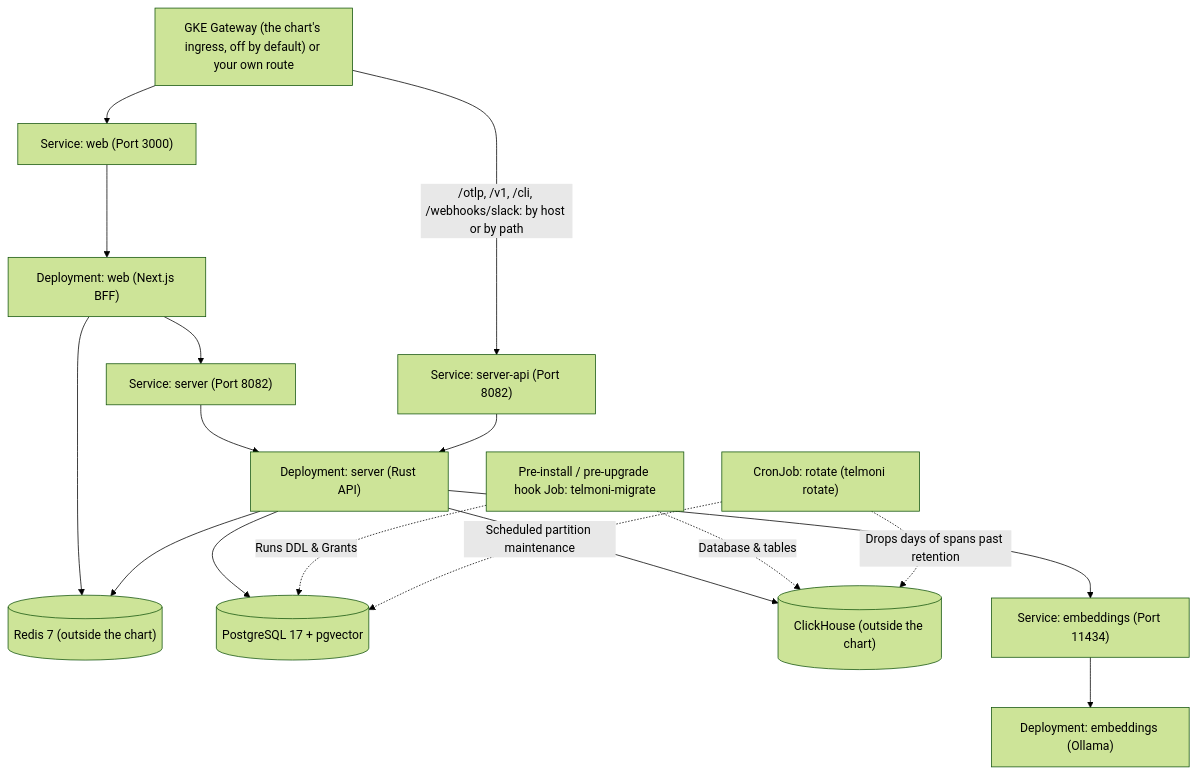
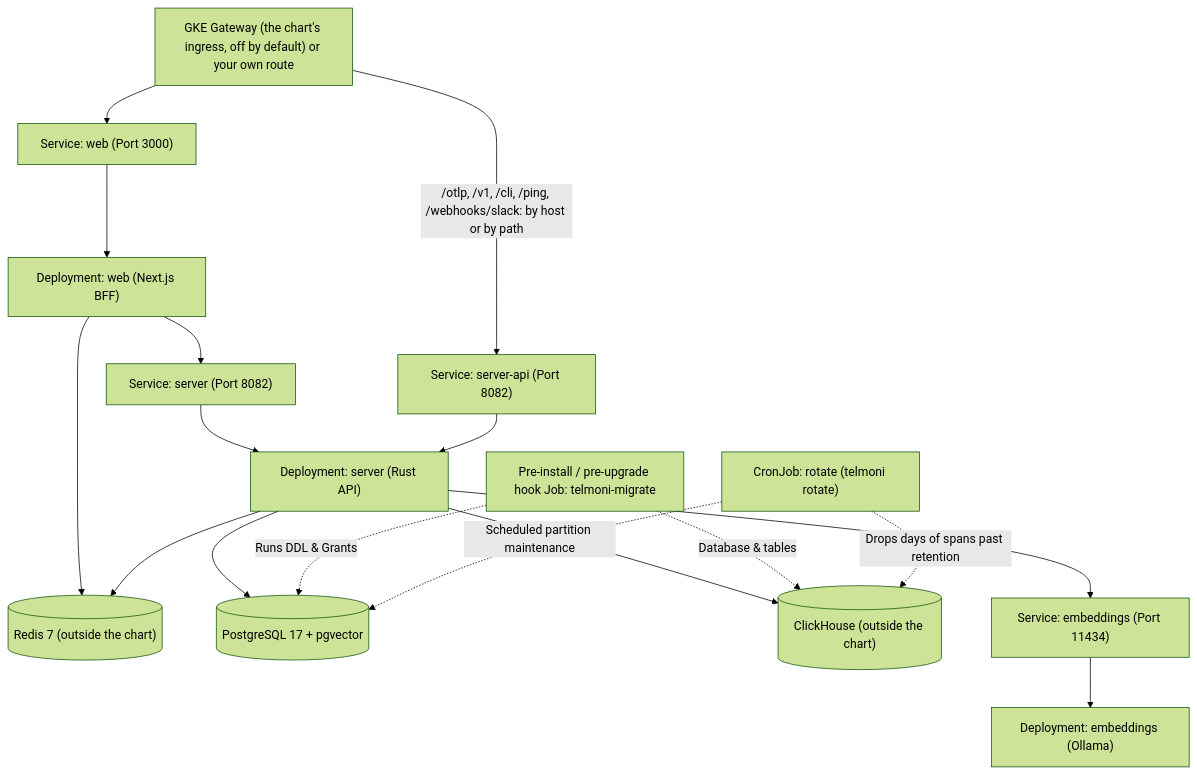
Before and after one commit to telmoni/telmoni: the diagram in web/content/docs/self-host/kubernetes.mdx, drawn with Mermaid (forest theme). The commit also changed other lines of this file and 4 other files, not shown here.

````diff
--- a/web/content/docs/self-host/kubernetes.mdx
+++ b/web/content/docs/self-host/kubernetes.mdx
@@ -10,23 +10,23 @@
 ```mermaid
 flowchart TD
     Ingress["GKE Gateway (the chart's ingress, off by default) or your own route"] --> WebSvc["Service: web (Port 3000)"]
-    Ingress -->|"/otlp, /v1, /cli, /webhooks/slack: by host or by path"| ApiSvc["Service: server-api (Port 8082)"]
+    Ingress -->|"/otlp, /v1, /cli, /ping, /webhooks/slack: by host or by path"| ApiSvc["Service: server-api (Port 8082)"]
     WebSvc --> WebPods["Deployment: web (Next.js BFF)"]
 
     WebPods --> ServerSvc["Service: server (Port 8082)"]
     ServerSvc --> ServerPods["Deployment: server (Rust API)"]
     ApiSvc --> ServerPods
 
     WebPods --> Redis[("Redis 7 (outside the chart)")]
     ServerPods --> Redis
 
     ServerPods --> Postgres[("PostgreSQL 17 + pgvector")]
     ServerPods --> ClickHouse[("ClickHouse (outside the chart)")]
     ServerPods --> EmbeddingsSvc["Service: embeddings (Port 11434)"]
     EmbeddingsSvc --> EmbeddingsPod["Deployment: embeddings (Ollama)"]
 
     HookJob["Pre-install / pre-upgrade hook Job: telmoni-migrate"] -.->|Runs DDL & Grants| Postgres
     HookJob -.->|Database & tables| ClickHouse
     RotateCron["CronJob: rotate (telmoni rotate)"] -.->|Scheduled partition maintenance| Postgres
     RotateCron -.->|Drops days of spans past retention| ClickHouse
 ```
````
